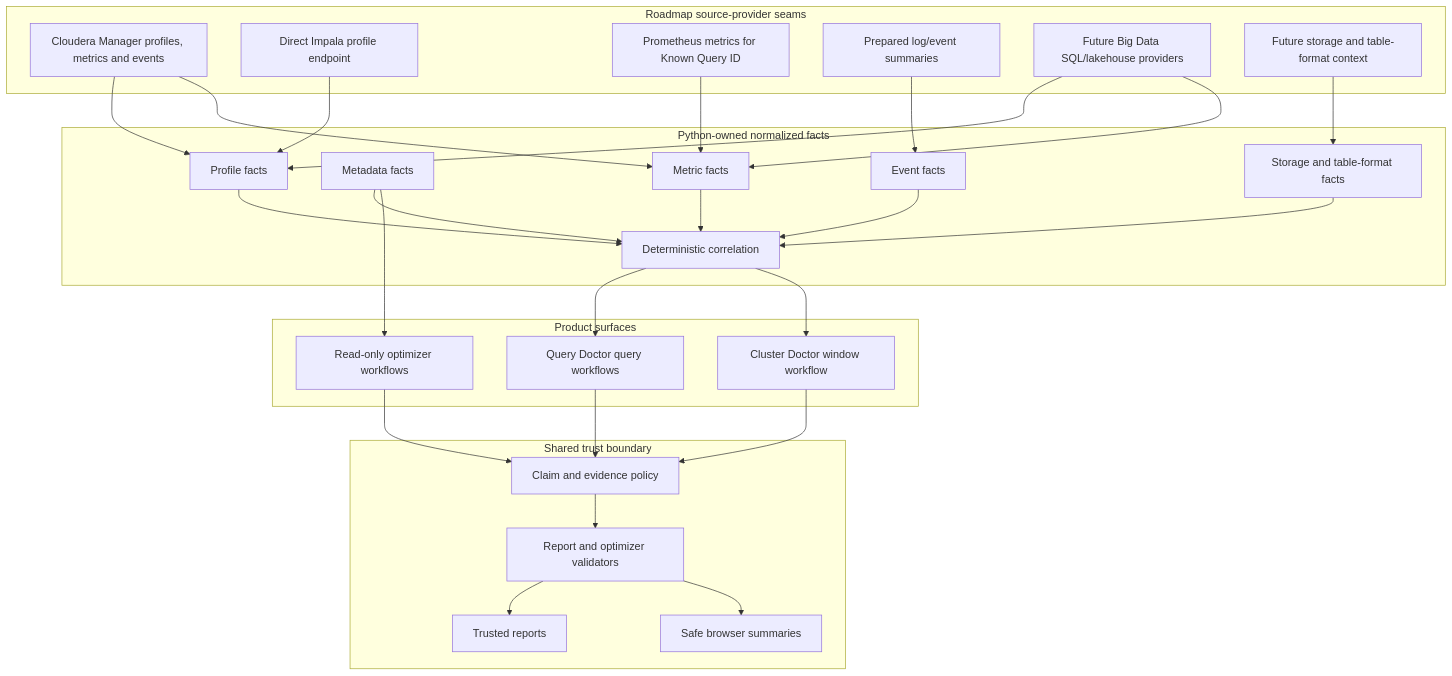
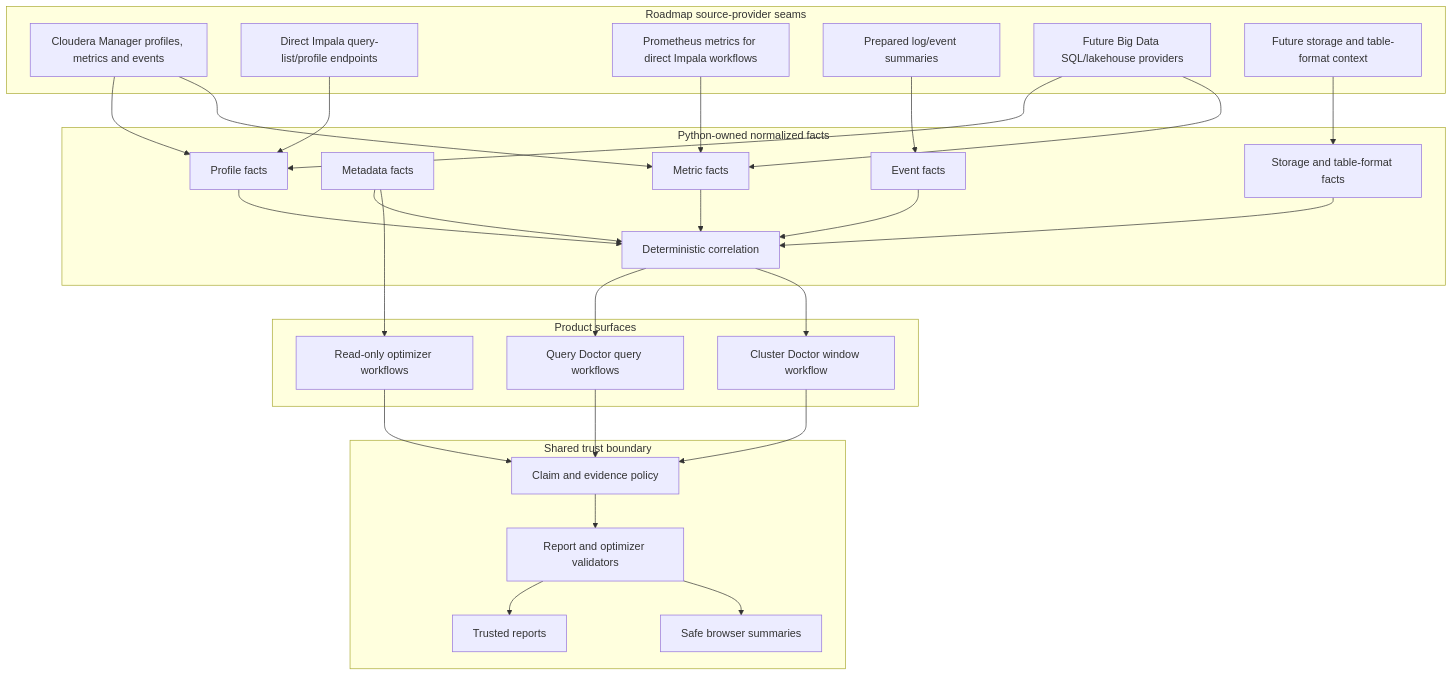
One commit to alexandrefimov/Query-Doctor changed the second of 3 diagrams in docs/architecture.md. Above: the diagram before and after it, drawn with Mermaid. The commit also changed other lines of this file and 14 other files, not shown here.

````diff
--- a/docs/architecture.md
+++ b/docs/architecture.md
@@ -97,56 +100,56 @@
 ```mermaid
 flowchart TD
     subgraph Providers["Roadmap source-provider seams"]
         CMProvider[Cloudera Manager profiles, metrics and events]
-        ImpalaDaemon[Direct Impala profile endpoint]
-        PromProvider[Prometheus metrics for Known Query ID]
+        ImpalaDaemon[Direct Impala query-list/profile endpoints]
+        PromProvider[Prometheus metrics for direct Impala workflows]
         EventProvider[Prepared log/event summaries]
         LakehouseProvider[Future Big Data SQL/lakehouse providers]
         StorageProvider[Future storage and table-format context]
     end
 
     subgraph Normalized["Python-owned normalized facts"]
         ProfileFacts[Profile facts]
         MetadataFacts[Metadata facts]
         StorageFacts[Storage and table-format facts]
         MetricFacts[Metric facts]
         EventFacts[Event facts]
         Correlation[Deterministic correlation]
     end
 
     subgraph Products["Product surfaces"]
         QueryDoctor[Query Doctor query workflows]
         ClusterDoctor[Cluster Doctor window workflow]
         OptimizerSurface[Read-only optimizer workflows]
     end
 
     subgraph TrustBoundary["Shared trust boundary"]
         ClaimRegistry[Claim and evidence policy]
         Validators[Report and optimizer validators]
         Reports[Trusted reports]
         Browser[Safe browser summaries]
     end
 
     CMProvider --> ProfileFacts
     CMProvider --> MetricFacts
     ImpalaDaemon --> ProfileFacts
     PromProvider --> MetricFacts
     EventProvider --> EventFacts
     LakehouseProvider --> ProfileFacts
     LakehouseProvider --> MetricFacts
     StorageProvider --> StorageFacts
     ProfileFacts --> Correlation
     MetadataFacts --> Correlation
     StorageFacts --> Correlation
     MetricFacts --> Correlation
     EventFacts --> Correlation
     Correlation --> QueryDoctor
     Correlation --> ClusterDoctor
     MetadataFacts --> OptimizerSurface
     QueryDoctor --> ClaimRegistry
     ClusterDoctor --> ClaimRegistry
     OptimizerSurface --> ClaimRegistry
     ClaimRegistry --> Validators
     Validators --> Reports
     Validators --> Browser
 ```
````
